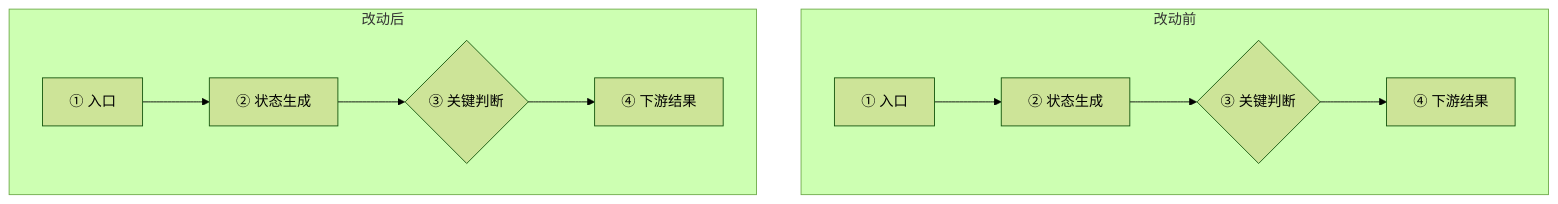
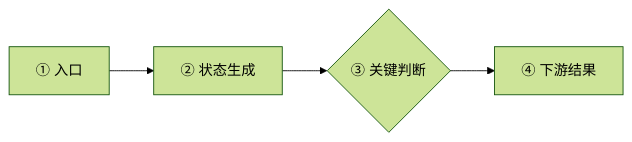
Before and after one commit to Zhangs-11/zs-skills: the first of 2 diagrams in peer-pr-review/SKILL.md, drawn with Mermaid (forest theme). The commit also changed other lines of this file and 3 other files, not shown here.

Commit message:
feat(review): 改为上下对比链路图

````diff
--- a/peer-pr-review/SKILL.md
+++ b/peer-pr-review/SKILL.md
@@ -116,11 +118,4 @@
 ```mermaid
-flowchart TB
-  subgraph BEFORE["改动前"]
-    direction LR
-    B1["① 入口"] --> B2["② 状态生成"] --> B3{"③ 关键判断"} --> B4["④ 下游结果"]
-  end
-  subgraph AFTER["改动后"]
-    direction LR
-    A1["① 入口"] --> A2["② 状态生成"] --> A3{"③ 关键判断"} --> A4["④ 下游结果"]
-  end
+flowchart LR
+  B1["① 入口"] --> B2["② 状态生成"] --> B3{"③ 关键判断"} --> B4["④ 下游结果"]
 ```
````
